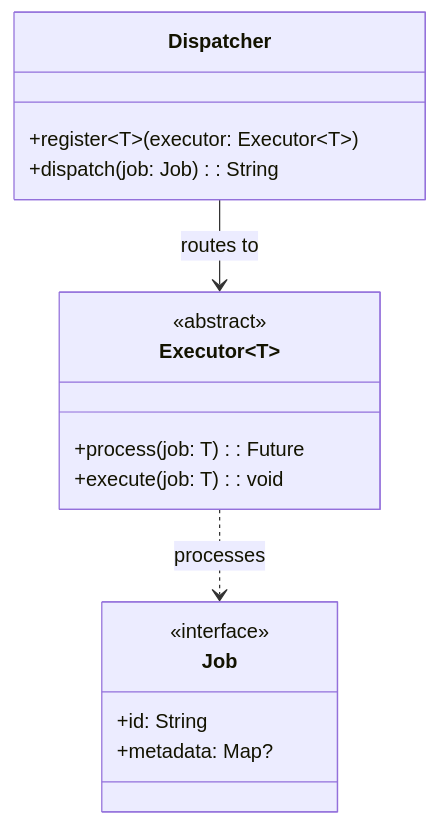
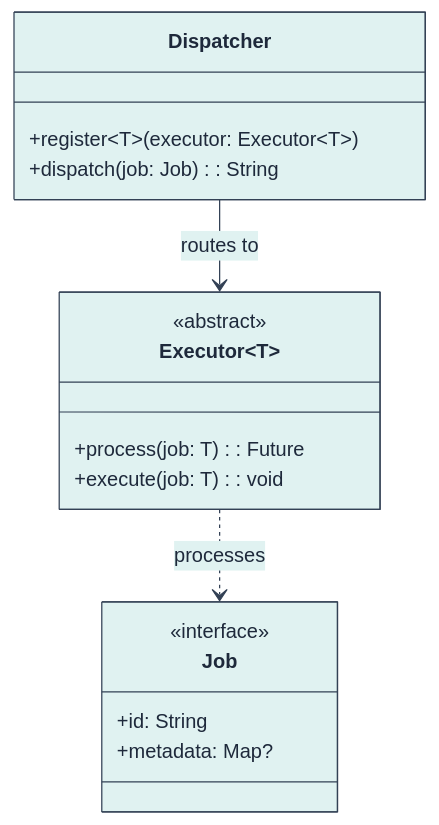
Before and after one commit to lploc94/flutter_orchestrator: the second of 11 diagrams in book/chapters/04_integration.md, drawn with Mermaid. The commit also changed other lines of this file and 1 other file, not shown here.

First line of the commit message:
docs(book): add theme styling and rect blocks to diagrams in Ch4

````diff
--- a/book/chapters/04_integration.md
+++ b/book/chapters/04_integration.md
@@ -30,22 +30,23 @@
 ```mermaid
+%%{init: {'theme': 'base', 'themeVariables': { 'primaryColor': '#e0f2f1', 'primaryTextColor': '#1e293b', 'primaryBorderColor': '#334155', 'lineColor': '#334155', 'secondaryColor': '#f1f5f9', 'tertiaryColor': '#fef3c7' }}}%%
 classDiagram
     class Job {
         <<interface>>
         +id: String
         +metadata: Map?
     }
     
     class Executor~T~ {
         <<abstract>>
         +process(job: T): Future
         +execute(job: T): void
     }
     
     class Dispatcher {
         +register~T~(executor: Executor~T~)
         +dispatch(job: Job): String
     }
     
     Dispatcher --> Executor : routes to
     Executor ..> Job : processes
 ```
````
